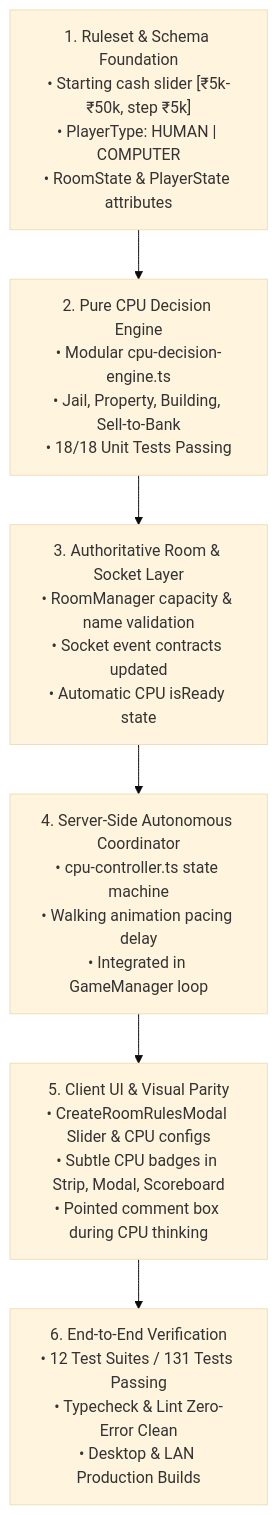
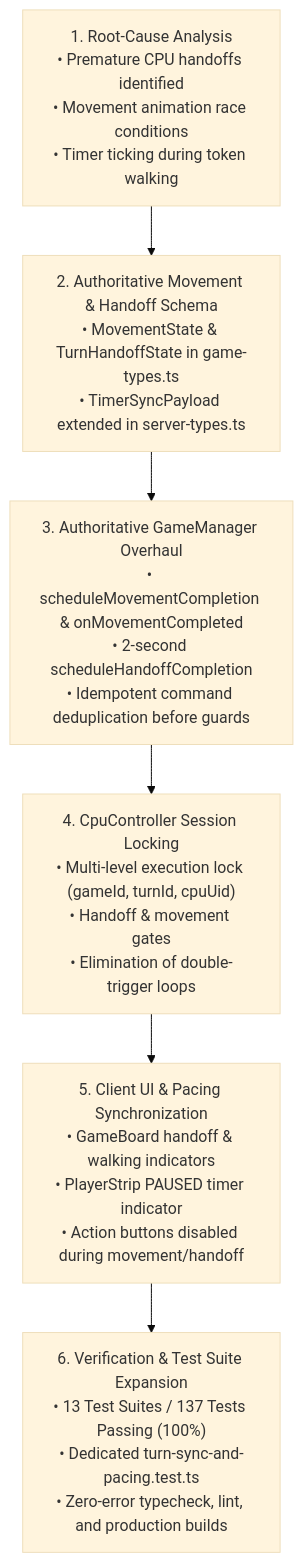
One commit to K-692/Monopoly-India-Game changed the second of 2 diagrams in flow.md. Above: the diagram before and after it, drawn with Mermaid (base theme). The commit also changed other lines of this file and 11 other files, not shown here.

First line of the commit message:
feat: enforce turn synchronization, CPU pacing gap, and movement timer pause

````diff
--- a/flow.md
+++ b/flow.md
@@ -183,15 +219,15 @@
 ```mermaid
 flowchart TD
-    M1["1. Ruleset & Schema Foundation<br>• Starting cash slider [₹5k-₹50k, step ₹5k]<br>• PlayerType: HUMAN | COMPUTER<br>• RoomState & PlayerState attributes"]
-    M2["2. Pure CPU Decision Engine<br>• Modular cpu-decision-engine.ts<br>• Jail, Property, Building, Sell-to-Bank<br>• 18/18 Unit Tests Passing"]
-    M3["3. Authoritative Room & Socket Layer<br>• RoomManager capacity & name validation<br>• Socket event contracts updated<br>• Automatic CPU isReady state"]
-    M4["4. Server-Side Autonomous Coordinator<br>• cpu-controller.ts state machine<br>• Walking animation pacing delay<br>• Integrated in GameManager loop"]
-    M5["5. Client UI & Visual Parity<br>• CreateRoomRulesModal Slider & CPU configs<br>• Subtle CPU badges in Strip, Modal, Scoreboard<br>• Pointed comment box during CPU thinking"]
-    M6["6. End-to-End Verification<br>• 12 Test Suites / 131 Tests Passing<br>• Typecheck & Lint Zero-Error Clean<br>• Desktop & LAN Production Builds"]
+    M1["1. Root-Cause Analysis<br>• Premature CPU handoffs identified<br>• Movement animation race conditions<br>• Timer ticking during token walking"]
+    M2["2. Authoritative Movement & Handoff Schema<br>• MovementState & TurnHandoffState in game-types.ts<br>• TimerSyncPayload extended in server-types.ts"]
+    M3["3. Authoritative GameManager Overhaul<br>• scheduleMovementCompletion & onMovementCompleted<br>• 2-second scheduleHandoffCompletion<br>• Idempotent command deduplication before guards"]
+    M4["4. CpuController Session Locking<br>• Multi-level execution lock (gameId, turnId, cpuUid)<br>• Handoff & movement gates<br>• Elimination of double-trigger loops"]
+    M5["5. Client UI & Pacing Synchronization<br>• GameBoard handoff & walking indicators<br>• PlayerStrip PAUSED timer indicator<br>• Action buttons disabled during movement/handoff"]
+    M6["6. Verification & Test Suite Expansion<br>• 13 Test Suites / 137 Tests Passing (100%)<br>• Dedicated turn-sync-and-pacing.test.ts<br>• Zero-error typecheck, lint, and production builds"]
 
     M1 --> M2
     M2 --> M3
     M3 --> M4
     M4 --> M5
     M5 --> M6
 ```
````
